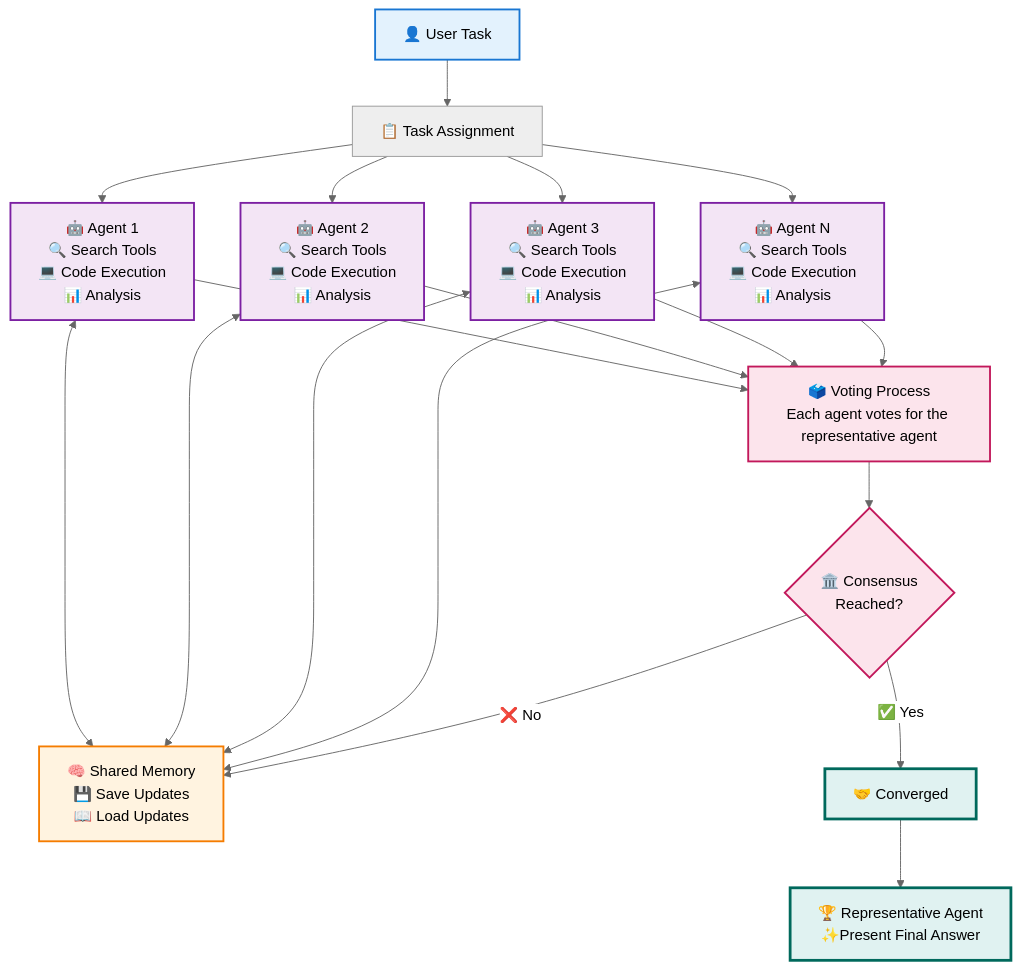
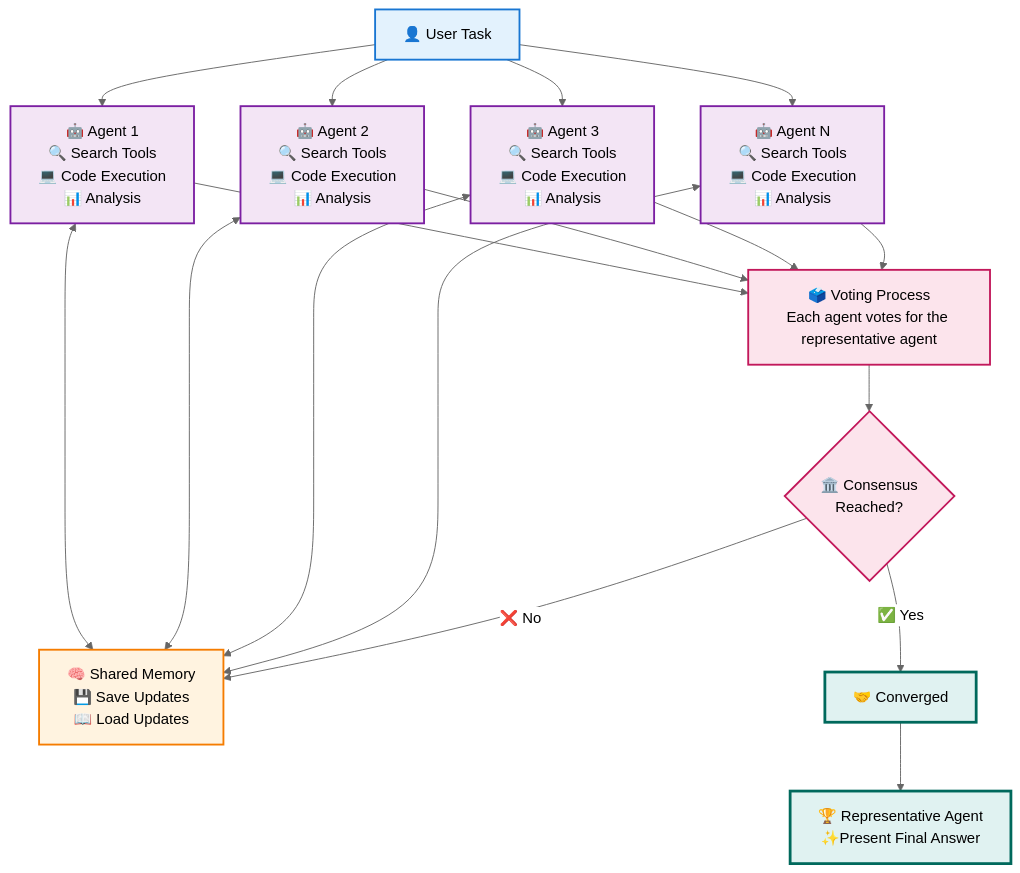
Before and after one commit to qidanrui/MassGen: the diagram in README.md, drawn with Mermaid (neutral theme).

````diff
--- a/README.md
+++ b/README.md
@@ -42,51 +42,48 @@
 ```mermaid
 graph TB
-    %% User Input
-    U[👤 User Task] --> T[📋 Task Assignment]
-    
-    %% Multiple Agents Working with Tools
-    T --> A1[🤖 Agent 1<br/>🔍 Search Tools<br/>💻 Code Execution<br/>📊 Analysis]
-    T --> A2[🤖 Agent 2<br/>🔍 Search Tools<br/>💻 Code Execution<br/>📊 Analysis]
-    T --> A3[🤖 Agent 3<br/>🔍 Search Tools<br/>💻 Code Execution<br/>📊 Analysis]
-    T --> AN[🤖 Agent N<br/>🔍 Search Tools<br/>💻 Code Execution<br/>📊 Analysis]
+    %% User Input directly to Multiple Agents
+    U[👤 User Task] --> A1[🤖 Agent 1<br/>🔍 Search Tools<br/>💻 Code Execution<br/>📊 Analysis]
+    U --> A2[🤖 Agent 2<br/>🔍 Search Tools<br/>💻 Code Execution<br/>📊 Analysis]
+    U --> A3[🤖 Agent 3<br/>🔍 Search Tools<br/>💻 Code Execution<br/>📊 Analysis]
+    U --> AN[🤖 Agent N<br/>🔍 Search Tools<br/>💻 Code Execution<br/>📊 Analysis]
     
     %% Shared Memory Hub
     SM[🧠 Shared Memory<br/>💾 Save Updates<br/>📖 Load Updates]
     
     %% Agents interact with shared memory during task solving
     A1 <--> SM
     A2 <--> SM
     A3 <--> SM
     AN <--> SM
     
     %% Voting Process at bottom
     A1 --> V[🗳️ Voting Process<br/>Each agent votes for the representative agent]
     A2 --> V
     A3 --> V
     AN --> V
     
     %% Consensus Check
     V --> C{🏛️ Consensus<br/>Reached?}
     
     %% No Consensus - back to work with shared memory
     C -->|❌ No| SM
     
     %% Consensus Reached
     C -->|✅ Yes| R[🤝 Converged]
     
     %% Final Answer
     R --> F[🏆 Representative Agent<br/>✨Present Final Answer]
     
     %% Styling
     classDef userNode fill:#e3f2fd,stroke:#1976d2,stroke-width:2px
     classDef agentNode fill:#f3e5f5,stroke:#7b1fa2,stroke-width:2px
     classDef memoryNode fill:#fff3e0,stroke:#f57c00,stroke-width:2px
     classDef voteNode fill:#fce4ec,stroke:#c2185b,stroke-width:2px
     classDef finalNode fill:#e0f2f1,stroke:#00695c,stroke-width:3px
     
     class U userNode
     class A1,A2,A3,AN agentNode
     class SM memoryNode
     class V,C voteNode
     class R,F finalNode
 ```
````
